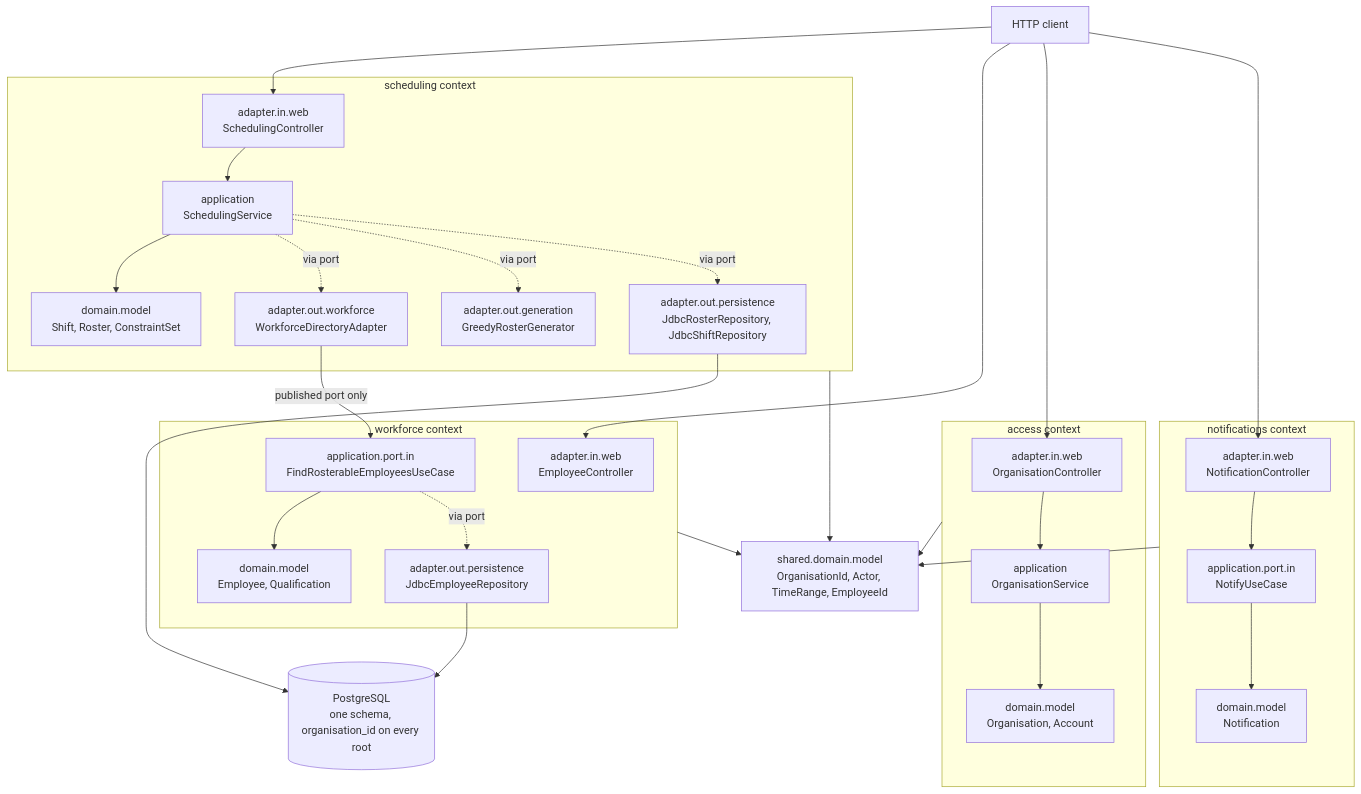
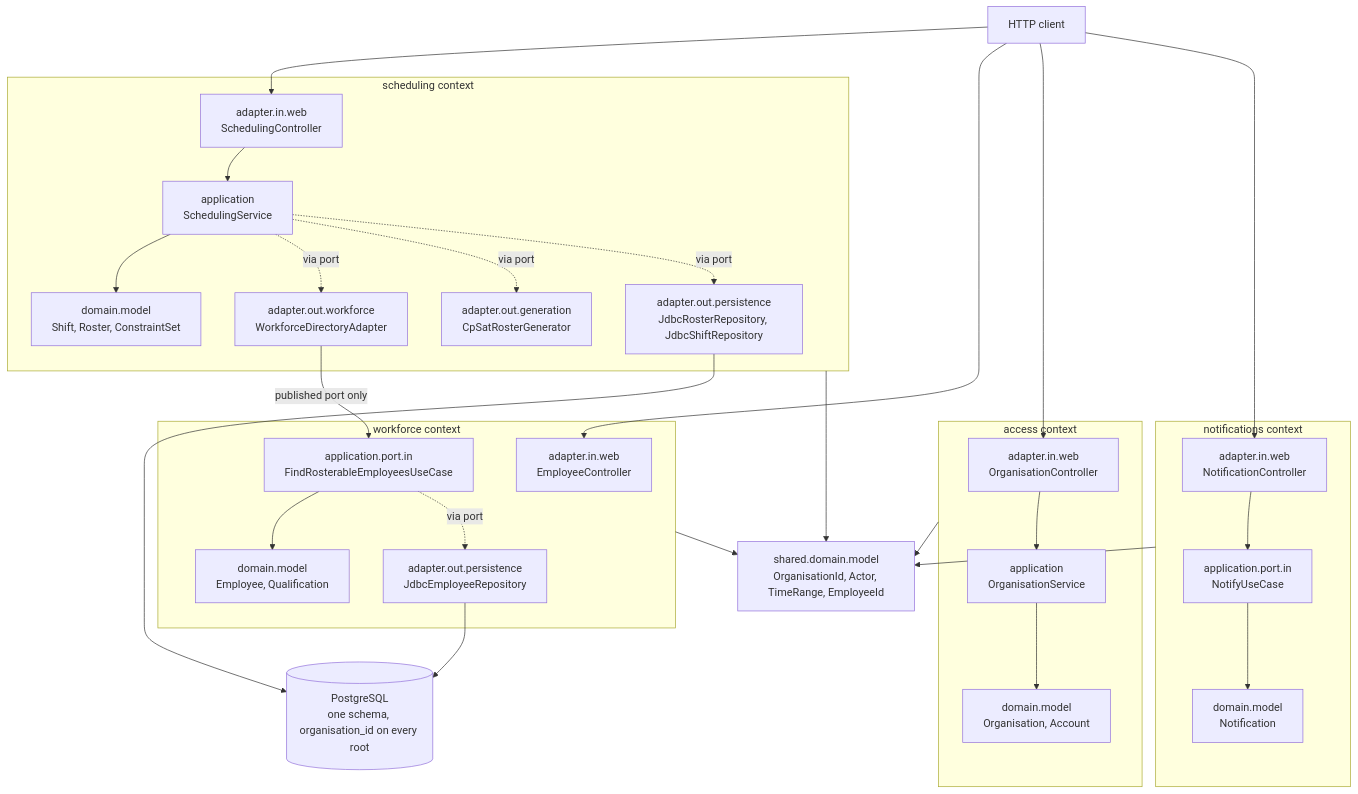
The first of 3 diagrams in docs/architecture/architecture.md (NaimElijah/HrSched), drawn with Mermaid before and after one commit. The commit also changed other lines of this file and 22 other files, not shown here.

````diff
--- a/docs/architecture/architecture.md
+++ b/docs/architecture/architecture.md
@@ -33,58 +33,58 @@
 ```mermaid
 flowchart TB
     client[HTTP client]
 
     subgraph scheduling [scheduling context]
         schedWeb["adapter.in.web<br/>SchedulingController"]
         schedApp["application<br/>SchedulingService"]
         schedDom["domain.model<br/>Shift, Roster, ConstraintSet"]
         acl["adapter.out.workforce<br/>WorkforceDirectoryAdapter"]
-        gen["adapter.out.generation<br/>GreedyRosterGenerator"]
+        gen["adapter.out.generation<br/>CpSatRosterGenerator"]
         schedStore["adapter.out.persistence<br/>JdbcRosterRepository, JdbcShiftRepository"]
     end
 
     subgraph workforce [workforce context]
         wfWeb["adapter.in.web<br/>EmployeeController"]
         wfPub["application.port.in<br/>FindRosterableEmployeesUseCase"]
         wfDom["domain.model<br/>Employee, Qualification"]
         wfStore["adapter.out.persistence<br/>JdbcEmployeeRepository"]
     end
 
     subgraph notifications [notifications context]
         ntfWeb["adapter.in.web<br/>NotificationController"]
         ntfPub["application.port.in<br/>NotifyUseCase"]
         ntfDom["domain.model<br/>Notification"]
     end
 
     subgraph access [access context]
         accWeb["adapter.in.web<br/>OrganisationController"]
         accApp["application<br/>OrganisationService"]
         accDom["domain.model<br/>Organisation, Account"]
     end
 
     kernel["shared.domain.model<br/>OrganisationId, Actor, TimeRange, EmployeeId"]
     db[("PostgreSQL<br/>one schema, organisation_id on every root")]
 
     client --> schedWeb
     client --> wfWeb
     client --> accWeb
     client --> ntfWeb
     ntfWeb --> ntfPub
     ntfPub --> ntfDom
     notifications --> kernel
     accWeb --> accApp
     accApp --> accDom
     schedWeb --> schedApp
     schedApp --> schedDom
     schedApp -.via port.-> acl
     schedApp -.via port.-> gen
     acl -->|published port only| wfPub
     wfPub --> wfDom
     scheduling --> kernel
     workforce --> kernel
     access --> kernel
     schedApp -.via port.-> schedStore
     wfPub -.via port.-> wfStore
     schedStore --> db
     wfStore --> db
 ```
````
